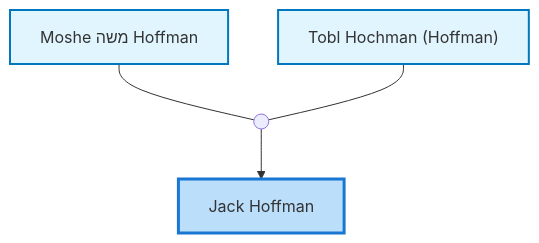
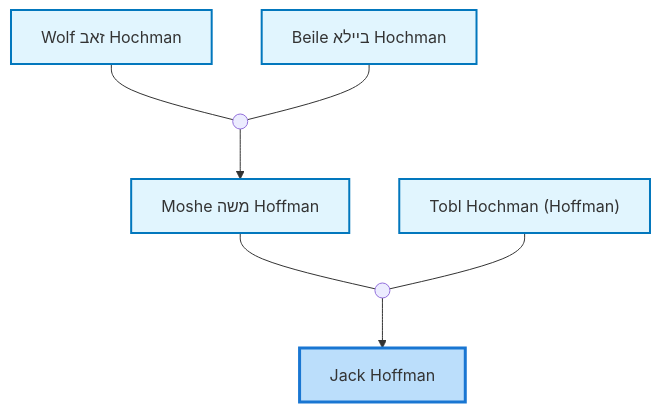
Before and after one commit to moshehoff/FamilyHistory: the second of 3 diagrams in site/content/profiles/Jack Hoffman.md, drawn with Mermaid. The commit also changed other lines of this file and 133 other files, not shown here.

Commit message:
Update Moshe Hoffman ID: I10 -> I11052340 and rename I38516664 biography

````diff
--- a/site/content/profiles/Jack Hoffman.md
+++ b/site/content/profiles/Jack Hoffman.md
@@ -43,19 +61,29 @@
 ```mermaid
 flowchart TD
 classDef person fill:#e1f5fe,stroke:#0277bd,stroke-width:2px;
 classDef internal-link fill:#e1f5fe,stroke:#0277bd,stroke-width:2px;
 classDef current fill:#bbdefb,stroke:#1976d2,stroke-width:3px;
-idI16["Jack Hoffman"]
-class idI16 current
-click idI16 "../profiles/Jack-Hoffman" "Jack Hoffman"
-idI10["Moshe משה Hoffman"]
-class idI10 internal-link
-click idI10 "../profiles/Moshe-%D7%9E%D7%A9%D7%94-Hoffman" "Moshe משה Hoffman"
-idI11["Tobl Hochman (Hoffman)"]
-class idI11 internal-link
-click idI11 "../profiles/Tobl-Hochman-%28Hoffman%29" "Tobl Hochman (Hoffman)"
-marriage_idF3((" "))
-idI10 --- marriage_idF3
-idI11 --- marriage_idF3
-marriage_idF3 --> idI16
+idI38736559["Jack Hoffman"]
+class idI38736559 current
+click idI38736559 "../profiles/Jack-Hoffman" "Jack Hoffman"
+idI11052340["Moshe משה Hoffman"]
+class idI11052340 internal-link
+click idI11052340 "../profiles/Moshe-%D7%9E%D7%A9%D7%94-Hoffman" "Moshe משה Hoffman"
+idI38735986["Tobl Hochman (Hoffman)"]
+class idI38735986 internal-link
+click idI38735986 "../profiles/Tobl-Hochman-%28Hoffman%29" "Tobl Hochman (Hoffman)"
+marriage_idF3776794((" "))
+idI11052340 --- marriage_idF3776794
+idI38735986 --- marriage_idF3776794
+marriage_idF3776794 --> idI38736559
+idI11032885["Wolf זאב Hochman"]
+class idI11032885 internal-link
+click idI11032885 "../profiles/Wolf-%D7%96%D7%90%D7%91-Hochman" "Wolf זאב Hochman"
+idI11032895["Beile ביילא Hochman"]
+class idI11032895 internal-link
+click idI11032895 "../profiles/Beile-%D7%91%D7%99%D7%99%D7%9C%D7%90-Hochman" "Beile ביילא Hochman"
+marriage_idF3770106((" "))
+idI11032885 --- marriage_idF3770106
+idI11032895 --- marriage_idF3770106
+marriage_idF3770106 --> idI11052340
 ```
````
